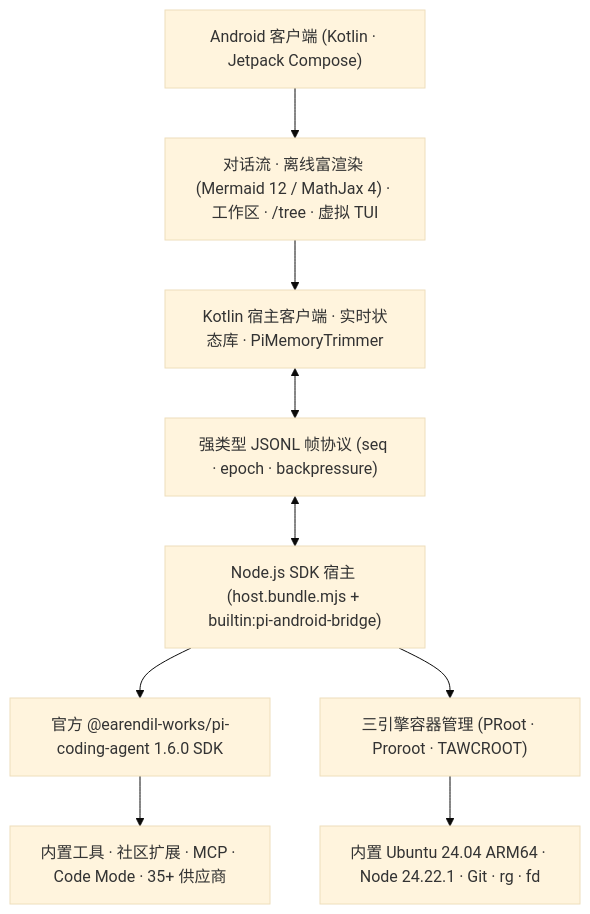
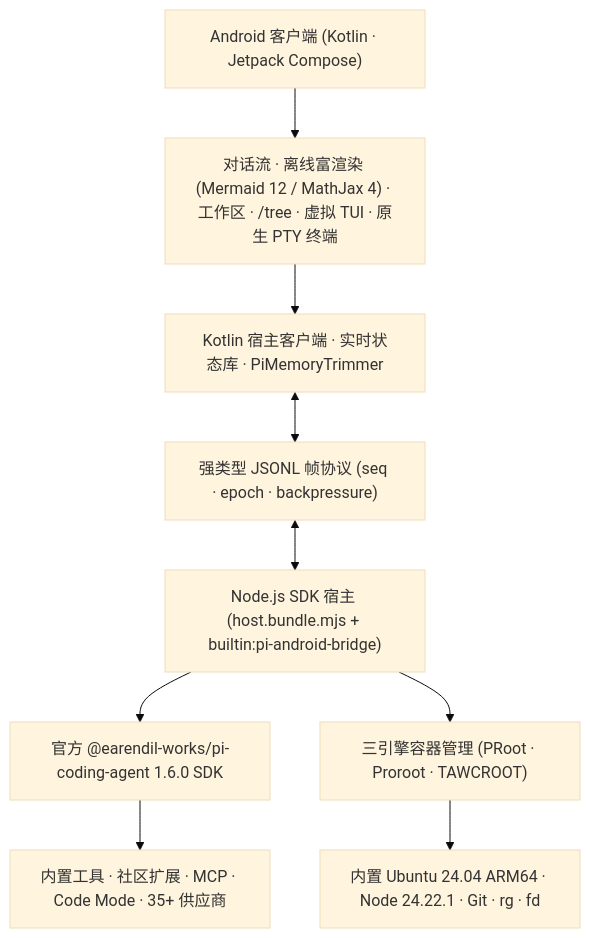
Before and after one commit to heikeyangle-code/pi-android: the diagram in README.zh-CN.md, drawn with Mermaid (base theme). The commit also changed other lines of this file and 32 other files, not shown here.

````diff
--- a/README.zh-CN.md
+++ b/README.zh-CN.md
@@ -142,21 +142,21 @@
 ```mermaid
 flowchart TB
     A["Android 客户端 (Kotlin · Jetpack Compose)"]
-    B["对话流 · 离线富渲染 (Mermaid 12 / MathJax 4) · 工作区 · /tree · 虚拟 TUI"]
+    B["对话流 · 离线富渲染 (Mermaid 12 / MathJax 4) · 工作区 · /tree · 虚拟 TUI · 原生 PTY 终端"]
     C["Kotlin 宿主客户端 · 实时状态库 · PiMemoryTrimmer"]
     D["强类型 JSONL 帧协议 (seq · epoch · backpressure)"]
     E["Node.js SDK 宿主 (host.bundle.mjs + builtin:pi-android-bridge)"]
     F["官方 @earendil-works/pi-coding-agent 1.6.0 SDK"]
     G["内置工具 · 社区扩展 · MCP · Code Mode · 35+ 供应商"]
     H["三引擎容器管理 (PRoot · Proroot · TAWCROOT)"]
     L["内置 Ubuntu 24.04 ARM64 · Node 24.22.1 · Git · rg · fd"]
 
     A --> B
     B --> C
     C <--> D
     D <--> E
     E --> F
     F --> G
     E --> H
     H --> L
 ```
````
